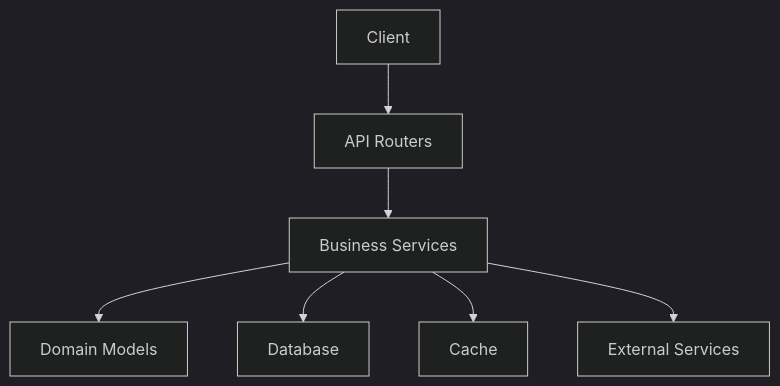
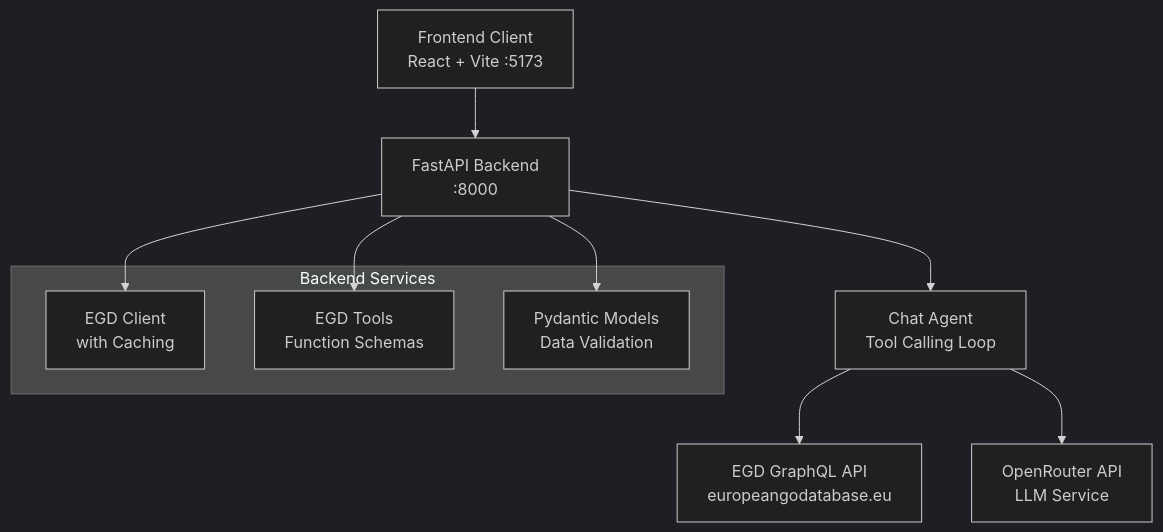
One commit to Ragnar1999/GoNow changed the second of 4 diagrams in .qoder/repowiki/en/content/Development Guidelines.md. Above: the diagram before and after it, drawn with Mermaid (dark theme). The commit also changed other lines of this file and 10 other files, not shown here.

First line of the commit message:
docs: update all documentation with agentic chat, Makefile, and agent design research

````diff
--- a/.qoder/repowiki/en/content/Development Guidelines.md
+++ b/.qoder/repowiki/en/content/Development Guidelines.md
@@ -87,16 +152,20 @@
 ```mermaid
 graph TB
-client["Client"]
-api["API Routers"]
-svc["Business Services"]
-model["Domain Models"]
-db["Database"]
-cache["Cache"]
-ext["External Services"]
+client["Frontend Client<br/>React + Vite :5173"]
+api["FastAPI Backend<br/>:8000"]
+agents["Chat Agent<br/>Tool Calling Loop"]
+egd["EGD GraphQL API<br/>europeangodatabase.eu"]
+openrouter["OpenRouter API<br/>LLM Service"]
 client --> api
-api --> svc
-svc --> model
-svc --> db
-svc --> cache
-svc --> ext
+api --> agents
+agents --> egd
+agents --> openrouter
+subgraph "Backend Services"
+egd_client["EGD Client<br/>with Caching"]
+tools["EGD Tools<br/>Function Schemas"]
+models["Pydantic Models<br/>Data Validation"]
+end
+api --> egd_client
+api --> tools
+api --> models
 ```
````
